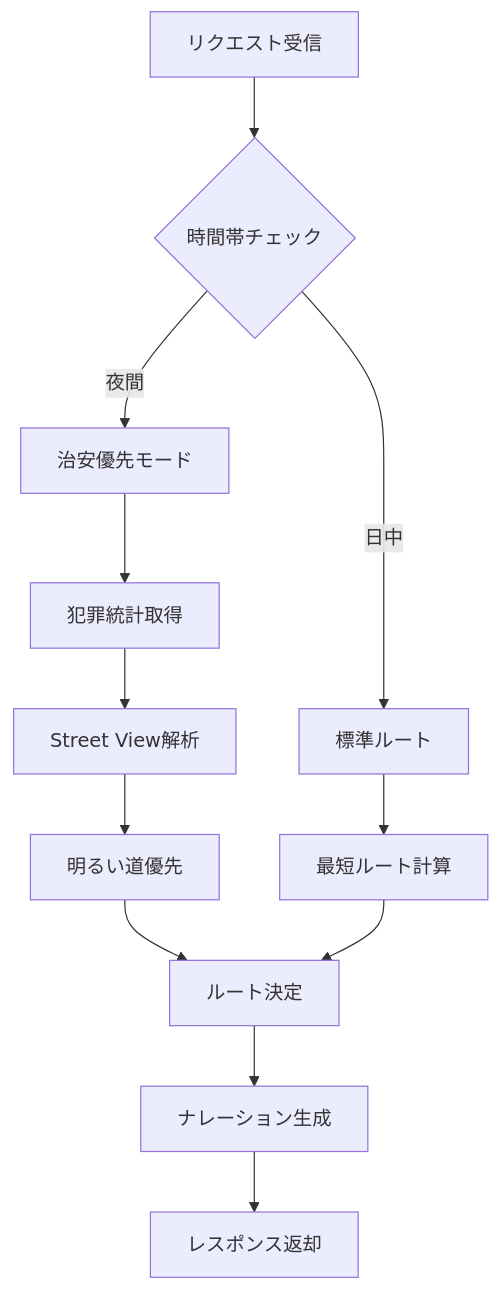
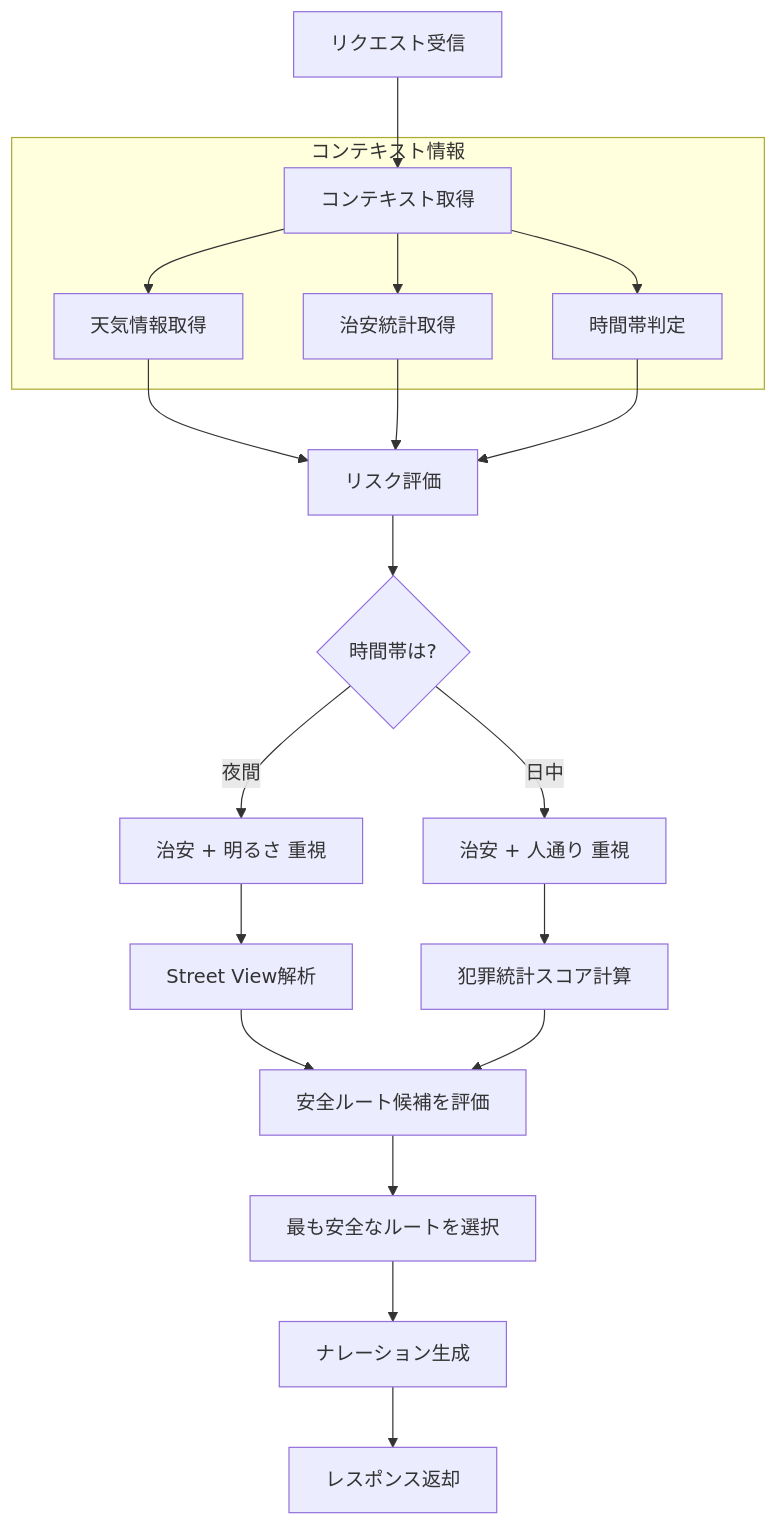
One commit to Ryg-appdev/safe-routing-ai-navigation changed the diagram in Docs/確定/diagrams/05_通常モード処理フロー.md. Above: the diagram before and after it, drawn with Mermaid. The commit also changed other lines of this file and 4 other files, not shown here.

Commit message:
fix: 図のロジック修正（ユーザージャーニー、通常/非常時フロー、データフロー詳細化）

````diff
--- a/Docs/確定/diagrams/05_通常モード処理フロー.md
+++ b/Docs/確定/diagrams/05_通常モード処理フロー.md
@@ -3,14 +5,29 @@
 ```mermaid
 flowchart TD
-    A[リクエスト受信] --> B{時間帯チェック}
-    B -->|夜間| C[治安優先モード]
-    B -->|日中| D[標準ルート]
-    C --> E[犯罪統計取得]
-    E --> F[Street View解析]
-    F --> G[明るい道優先]
-    D --> H[最短ルート計算]
-    G --> I[ルート決定]
-    H --> I
-    I --> J[ナレーション生成]
-    J --> K[レスポンス返却]
+    A["リクエスト受信"] --> B["コンテキスト取得"]
+    
+    subgraph Context["コンテキスト情報"]
+        B --> C1["天気情報取得"]
+        B --> C2["治安統計取得"]
+        B --> C3["時間帯判定"]
+    end
+    
+    C1 --> D["リスク評価"]
+    C2 --> D
+    C3 --> D
+    
+    D --> E{"時間帯は?"}
+    
+    E -->|"夜間"| F["治安 + 明るさ 重視"]
+    E -->|"日中"| G["治安 + 人通り 重視"]
+    
+    F --> H["Street View解析"]
+    G --> I["犯罪統計スコア計算"]
+    
+    H --> J["安全ルート候補を評価"]
+    I --> J
+    
+    J --> K["最も安全なルートを選択"]
+    K --> L["ナレーション生成"]
+    L --> M["レスポンス返却"]
 ```
````
